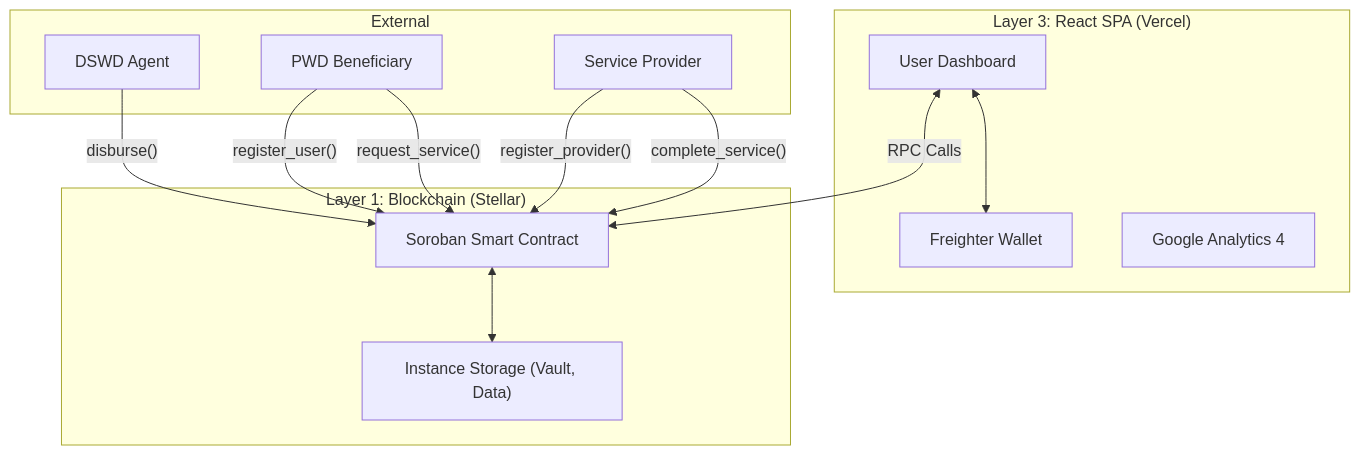
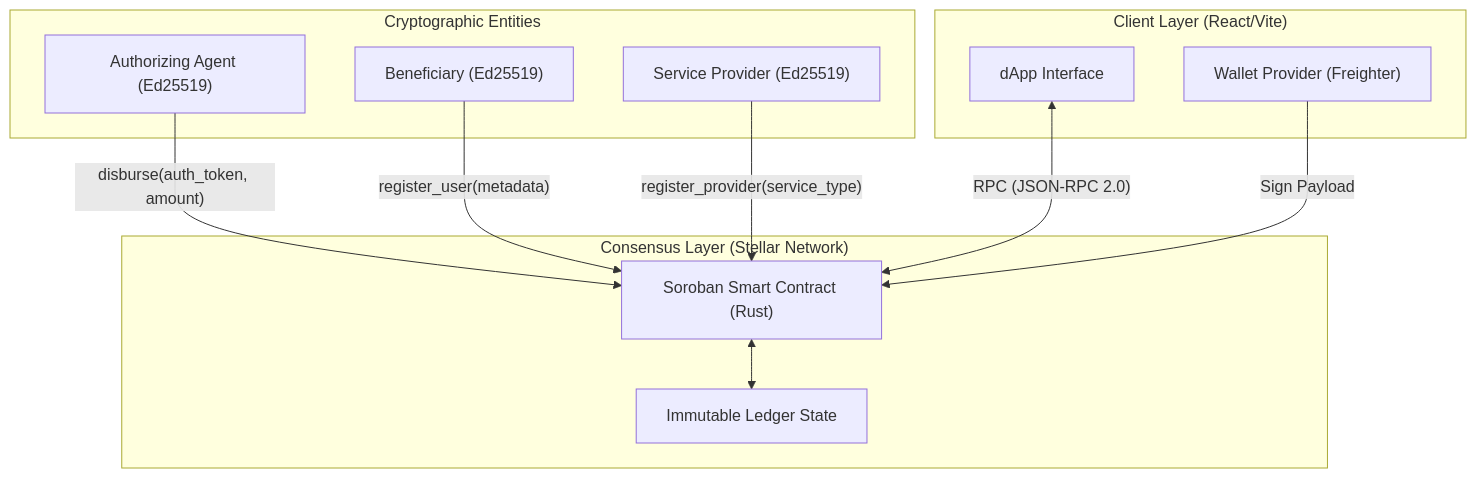
One commit to luckyjerene/PWD-Assist changed the diagram in README.md. Above: the diagram before and after it, drawn with Mermaid. The commit also changed other lines of this file, not shown here.

````diff
--- a/README.md
+++ b/README.md
@@ -41,29 +25,25 @@
 ```mermaid
 graph TD
-    subgraph Frontend ["Layer 3: React SPA (Vercel)"]
-        Dashboard["User Dashboard"]
-        Freighter["Freighter Wallet"]
-        Analytics["Google Analytics 4"]
+    subgraph Client ["Client Layer (React/Vite)"]
+        UI["dApp Interface"]
+        Wallet["Wallet Provider (Freighter)"]
     end
     
-    subgraph Blockchain ["Layer 1: Blockchain (Stellar)"]
-        Contract["Soroban Smart Contract"]
-        Storage["Instance Storage (Vault, Data)"]
+    subgraph Execution ["Consensus Layer (Stellar Network)"]
+        SC["Soroban Smart Contract (Rust)"]
+        State["Immutable Ledger State"]
     end
     
-    subgraph Actors ["External"]
-        Admin["DSWD Agent"]
-        User["PWD Beneficiary"]
-        Provider["Service Provider"]
+    subgraph Actors ["Cryptographic Entities"]
+        Gov["Authorizing Agent (Ed25519)"]
+        Bene["Beneficiary (Ed25519)"]
+        Provider["Service Provider (Ed25519)"]
     end
 
-    Admin -->|"disburse()"| Contract
-    User -->|"register_user()"| Contract
-    Provider -->|"register_provider()"| Contract
-    User -->|"request_service()"| Contract
-    Provider -->|"complete_service()"| Contract
-    
-    Contract <--> Storage
-    Dashboard <-->|"RPC Calls"| Contract
-    Dashboard <--> Freighter
+    Gov -- "disburse(auth_token, amount)" --> SC
+    Bene -- "register_user(metadata)" --> SC
+    Provider -- "register_provider(service_type)" --> SC
+    SC <--> State
+    UI <-->|"RPC (JSON-RPC 2.0)"| SC
+    Wallet -- "Sign Payload" --> SC
 ```
````
